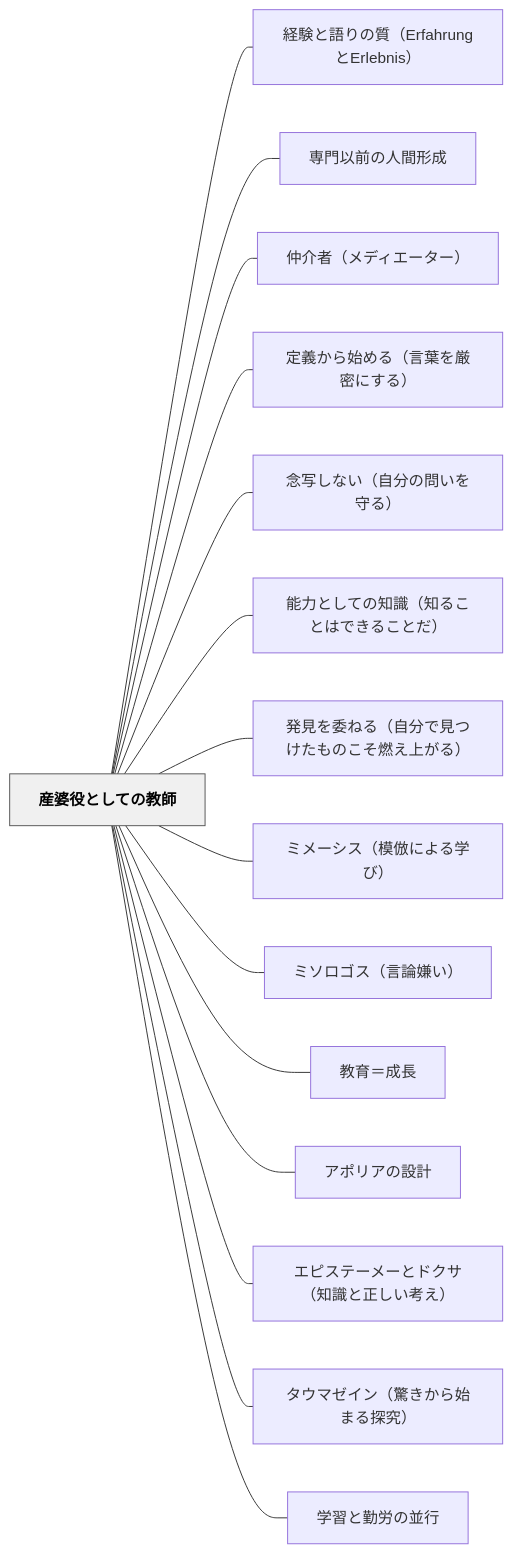
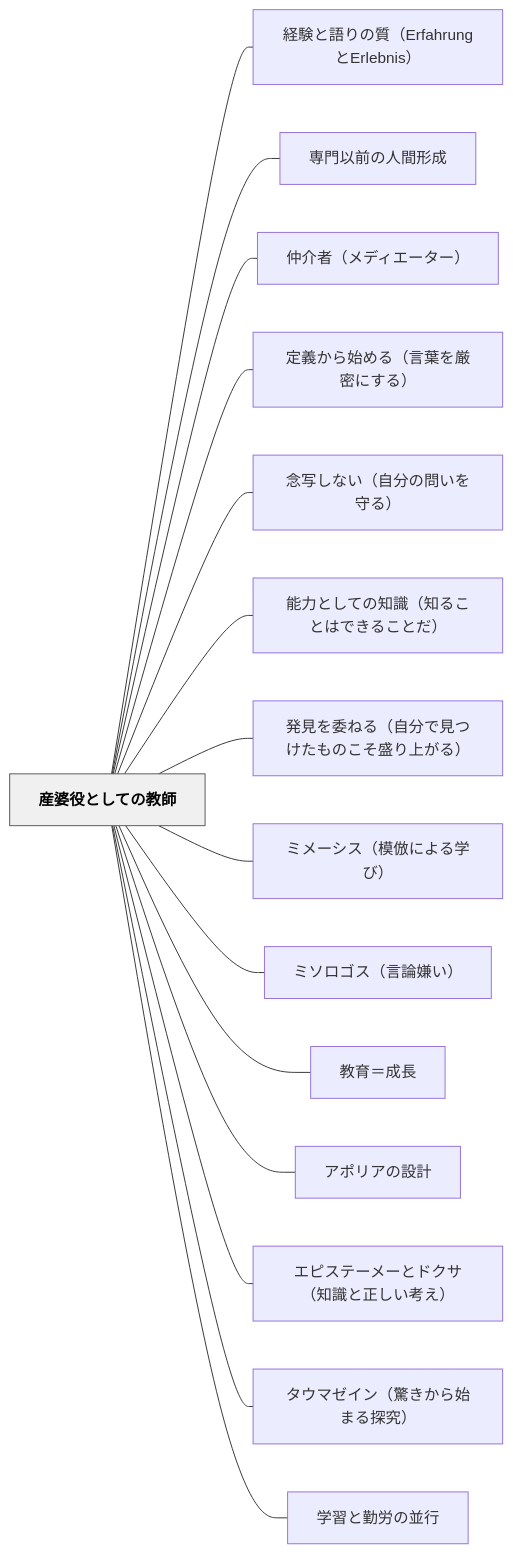
One commit to unknownthings-ed-patterns/unknownthings-ed-patterns changed the diagram in content/パタン/産婆役としての教師.md. Above: the diagram before and after it, drawn with Mermaid. The commit also changed other lines of this file and 36 other files, not shown here.

````diff
--- a/content/パタン/産婆役としての教師.md
+++ b/content/パタン/産婆役としての教師.md
@@ -552,36 +552,36 @@
 ```mermaid
 flowchart LR
     ne794a3e5a986e5bdb9e381a8e38197e381a6e381aee69599e5b8ab["産婆役としての教師"]
     ne7b58ce9a893e381a8e8aa9ee3828ae381aee8b3aaefbc88457266616872756e67e381a845726c65626e6973efbc89["経験と語りの質（ErfahrungとErlebnis）"]
     ne5b082e99680e4bba5e5898de381aee4babae99693e5bda2e68890["専門以前の人間形成"]
     ne4bbb2e4bb8be88085efbc88e383a1e38387e382a3e382a8e383bce382bfe383bcefbc89["仲介者（メディエーター）"]
     ne5ae9ae7bea9e3818be38289e5a78be38281e3828befbc88e8a880e89189e38292e58eb3e5af86e381abe38199e3828befbc89["定義から始める（言葉を厳密にする）"]
     ne5bfb5e58699e38197e381aae38184efbc88e887aae58886e381aee5958fe38184e38292e5ae88e3828befbc89["念写しない（自分の問いを守る）"]
     ne883bde58a9be381a8e38197e381a6e381aee79fa5e8ad98efbc88e79fa5e3828be38193e381a8e381afe381a7e3818de3828be38193e381a8e381a0efbc89["能力としての知識（知ることはできることだ）"]
-    ne799bae8a68be38292e5a794e381ade3828befbc88e887aae58886e381a7e8a68be381a4e38191e3819fe38282e381aee38193e3819de78783e38188e4b88ae3818ce3828befbc89["発見を委ねる（自分で見つけたものこそ燃え上がる）"]
+    ne799bae8a68be38292e5a794e381ade3828befbc88e887aae58886e381a7e8a68be381a4e38191e3819fe38282e381aee38193e3819de79b9be3828ae4b88ae3818ce3828befbc89["発見を委ねる（自分で見つけたものこそ盛り上がる）"]
     ne3839fe383a1e383bce382b7e382b9efbc88e6a8a1e580a3e381abe38288e3828be5ada6e381b3efbc89["ミメーシス（模倣による学び）"]
     ne3839fe382bde383ade382b4e382b9efbc88e8a880e8ab96e5ab8ce38184efbc89["ミソロゴス（言論嫌い）"]
     ne69599e882b2efbc9de68890e995b7["教育＝成長"]
     ne382a2e3839de383aae382a2e381aee8a8ade8a888["アポリアの設計"]
     ne382a8e38394e382b9e38386e383bce383a1e383bce381a8e38389e382afe382b5efbc88e79fa5e8ad98e381a8e6ada3e38197e38184e88083e38188efbc89["エピステーメーとドクサ（知識と正しい考え）"]
     ne382bfe382a6e3839ee382bce382a4e383b3efbc88e9a99ae3818de3818be38289e5a78be381bee3828be68ea2e7a9b6efbc89["タウマゼイン（驚きから始まる探究）"]
     ne5ada6e7bf92e381a8e58ba4e58ab4e381aee4b8a6e8a18c["学習と勤労の並行"]
 
     ne794a3e5a986e5bdb9e381a8e38197e381a6e381aee69599e5b8ab --- ne7b58ce9a893e381a8e8aa9ee3828ae381aee8b3aaefbc88457266616872756e67e381a845726c65626e6973efbc89
     ne794a3e5a986e5bdb9e381a8e38197e381a6e381aee69599e5b8ab --- ne5b082e99680e4bba5e5898de381aee4babae99693e5bda2e68890
     ne794a3e5a986e5bdb9e381a8e38197e381a6e381aee69599e5b8ab --- ne4bbb2e4bb8be88085efbc88e383a1e38387e382a3e382a8e383bce382bfe383bcefbc89
     ne794a3e5a986e5bdb9e381a8e38197e381a6e381aee69599e5b8ab --- ne5ae9ae7bea9e3818be38289e5a78be38281e3828befbc88e8a880e89189e38292e58eb3e5af86e381abe38199e3828befbc89
     ne794a3e5a986e5bdb9e381a8e38197e381a6e381aee69599e5b8ab --- ne5bfb5e58699e38197e381aae38184efbc88e887aae58886e381aee5958fe38184e38292e5ae88e3828befbc89
     ne794a3e5a986e5bdb9e381a8e38197e381a6e381aee69599e5b8ab --- ne883bde58a9be381a8e38197e381a6e381aee79fa5e8ad98efbc88e79fa5e3828be38193e381a8e381afe381a7e3818de3828be38193e381a8e381a0efbc89
-    ne794a3e5a986e5bdb9e381a8e38197e381a6e381aee69599e5b8ab --- ne799bae8a68be38292e5a794e381ade3828befbc88e887aae58886e381a7e8a68be381a4e38191e3819fe38282e381aee38193e3819de78783e38188e4b88ae3818ce3828befbc89
+    ne794a3e5a986e5bdb9e381a8e38197e381a6e381aee69599e5b8ab --- ne799bae8a68be38292e5a794e381ade3828befbc88e887aae58886e381a7e8a68be381a4e38191e3819fe38282e381aee38193e3819de79b9be3828ae4b88ae3818ce3828befbc89
     ne794a3e5a986e5bdb9e381a8e38197e381a6e381aee69599e5b8ab --- ne3839fe383a1e383bce382b7e382b9efbc88e6a8a1e580a3e381abe38288e3828be5ada6e381b3efbc89
     ne794a3e5a986e5bdb9e381a8e38197e381a6e381aee69599e5b8ab --- ne3839fe382bde383ade382b4e382b9efbc88e8a880e8ab96e5ab8ce38184efbc89
     ne794a3e5a986e5bdb9e381a8e38197e381a6e381aee69599e5b8ab --- ne69599e882b2efbc9de68890e995b7
     ne794a3e5a986e5bdb9e381a8e38197e381a6e381aee69599e5b8ab --- ne382a2e3839de383aae382a2e381aee8a8ade8a888
     ne794a3e5a986e5bdb9e381a8e38197e381a6e381aee69599e5b8ab --- ne382a8e38394e382b9e38386e383bce383a1e383bce381a8e38389e382afe382b5efbc88e79fa5e8ad98e381a8e6ada3e38197e38184e88083e38188efbc89
     ne794a3e5a986e5bdb9e381a8e38197e381a6e381aee69599e5b8ab --- ne382bfe382a6e3839ee382bce382a4e383b3efbc88e9a99ae3818de3818be38289e5a78be381bee3828be68ea2e7a9b6efbc89
     ne794a3e5a986e5bdb9e381a8e38197e381a6e381aee69599e5b8ab --- ne5ada6e7bf92e381a8e58ba4e58ab4e381aee4b8a6e8a18c
 
     classDef hub fill:#f0f0f0,stroke:#555,color:#000,font-weight:bold
     class ne794a3e5a986e5bdb9e381a8e38197e381a6e381aee69599e5b8ab hub
 ```
````
